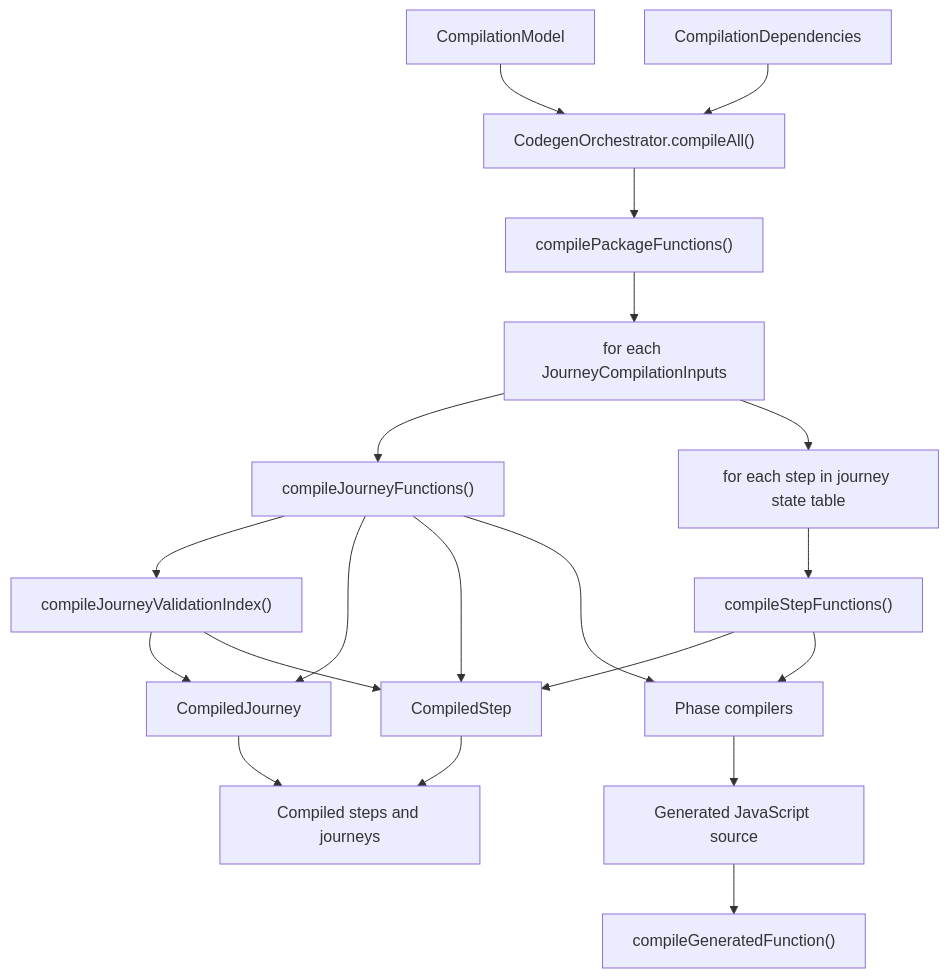
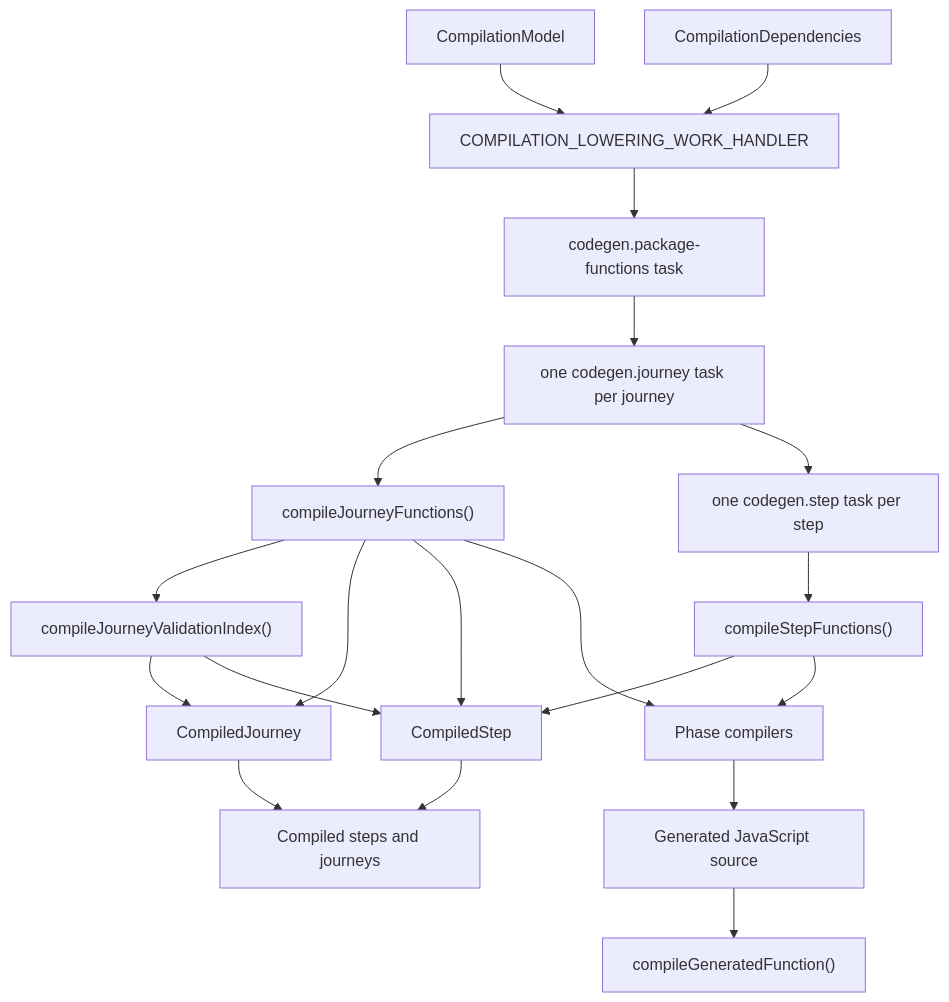
One commit to ministryofjustice/hmpps-forge changed the diagram in packages/forge-core/src/engine/compilation/lowering/README.md. Above: the diagram before and after it, drawn with Mermaid. The commit also changed other lines of this file and 170 other files, not shown here.

Commit message:
Unify tracing and execution of work across compilation and runtime

````diff
--- a/packages/forge-core/src/engine/compilation/lowering/README.md
+++ b/packages/forge-core/src/engine/compilation/lowering/README.md
@@ -159,22 +156,22 @@
 ```mermaid
 flowchart TD
-  compilationPlan["CompilationModel"] --> orchestrator["CodegenOrchestrator.compileAll()"]
-  dependencies["CompilationDependencies"] --> orchestrator
-  orchestrator --> packageFunctions["compilePackageFunctions()"]
-  packageFunctions --> journeyLoop["for each JourneyCompilationInputs"]
+  compilationPlan["CompilationModel"] --> loweringHandler["COMPILATION_LOWERING_WORK_HANDLER"]
+  dependencies["CompilationDependencies"] --> loweringHandler
+  loweringHandler --> packageFunctions["codegen.package-functions task"]
+  packageFunctions --> journeyLoop["one codegen.journey task per journey"]
   journeyLoop --> journeyFunctions["compileJourneyFunctions()"]
   journeyFunctions --> validationIndex["compileJourneyValidationIndex()"]
   journeyFunctions --> compiledJourney["CompiledJourney"]
   validationIndex --> compiledJourney
-  journeyLoop --> stepLoop["for each step in journey state table"]
+  journeyLoop --> stepLoop["one codegen.step task per step"]
   stepLoop --> stepFunctions["compileStepFunctions()"]
   stepFunctions --> compiledStep["CompiledStep"]
   journeyFunctions --> compiledStep
   validationIndex --> compiledStep
   journeyFunctions --> phaseCompilers["Phase compilers"]
   stepFunctions --> phaseCompilers
   phaseCompilers --> source["Generated JavaScript source"]
   source --> generatedFunction["compileGeneratedFunction()"]
   compiledJourney --> result["Compiled steps and journeys"]
   compiledStep --> result
 ```
````
